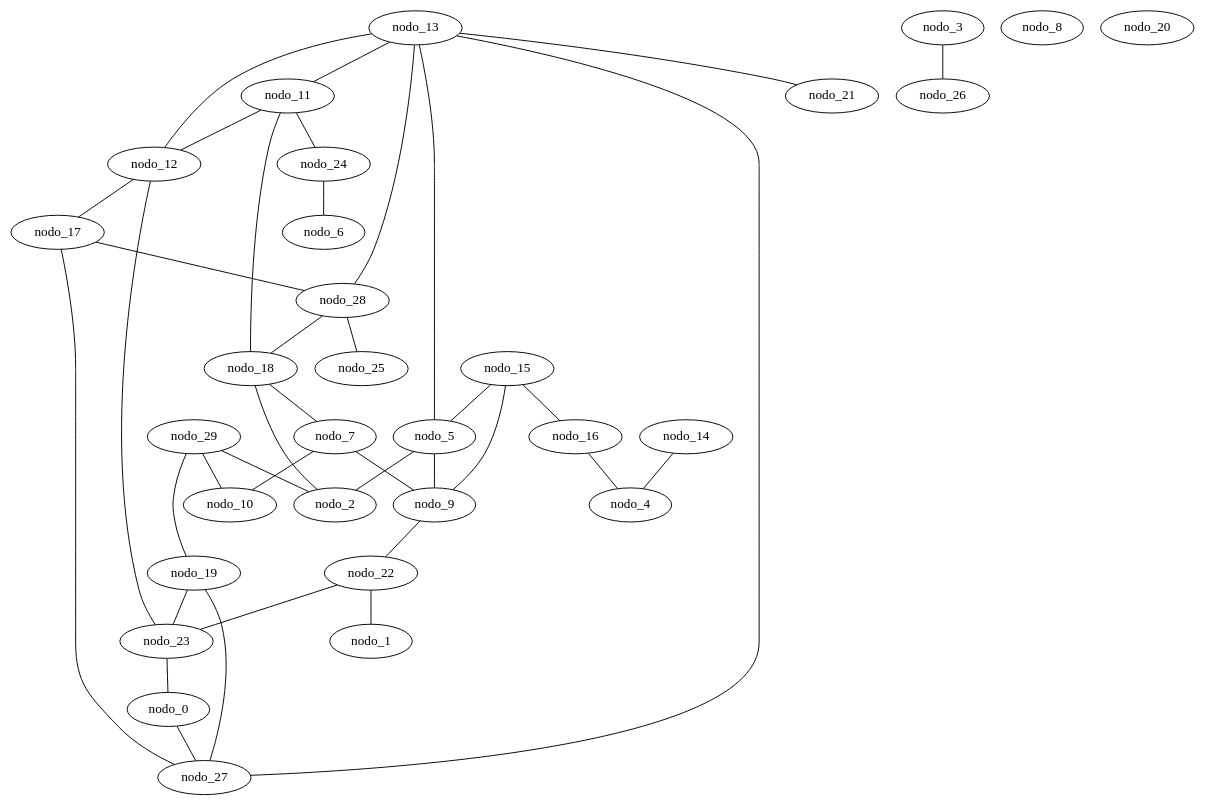
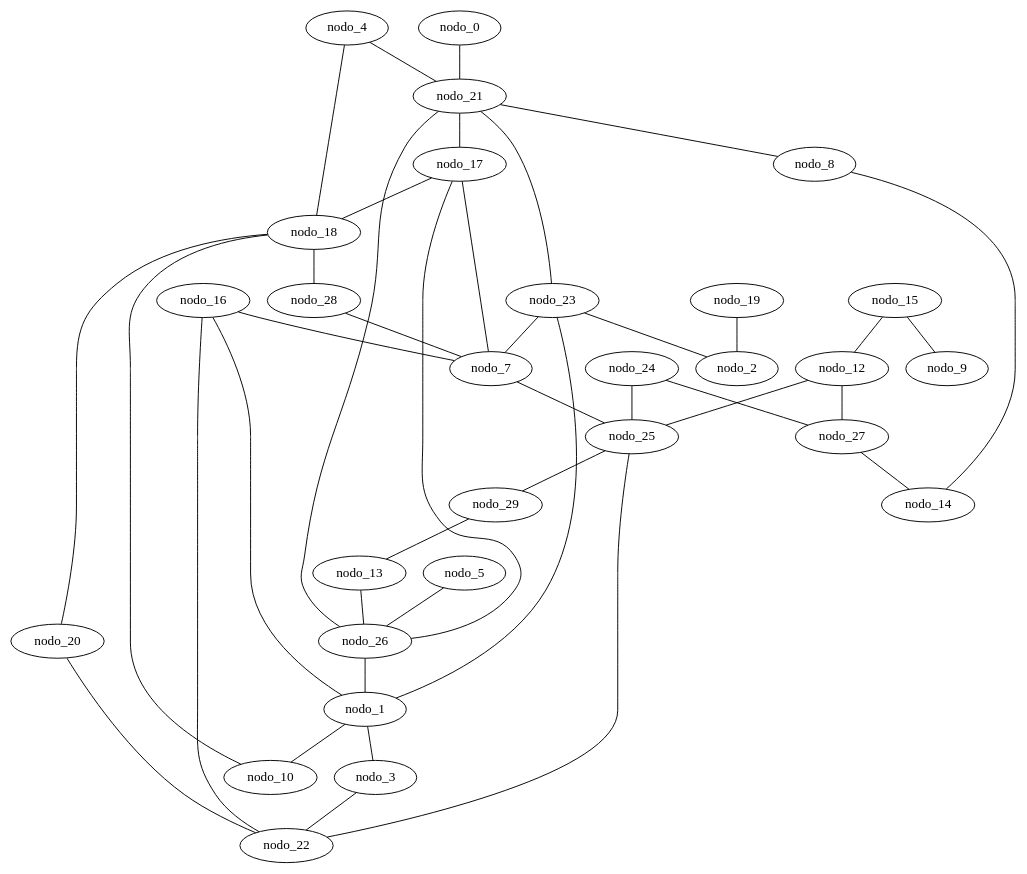
One commit to sinisterra/cic-algoritmos changed the diagram in proyecto01/proyecto01/gen_gilbert_30.gv. Above: the diagram before and after it, drawn with Graphviz. The commit also changed 15 other files, not shown here.

```diff
--- a/proyecto01/proyecto01/gen_gilbert_30.gv
+++ b/proyecto01/proyecto01/gen_gilbert_30.gv
@@ -1,70 +1,42 @@
 graph gen_gilbert_30 {
-  nodo_0;
-  nodo_1;
-  nodo_2;
-  nodo_3;
-  nodo_4;
-  nodo_5;
-  nodo_6;
-  nodo_7;
-  nodo_8;
-  nodo_9;
-  nodo_10;
-  nodo_11;
-  nodo_12;
-  nodo_13;
-  nodo_14;
-  nodo_15;
-  nodo_16;
-  nodo_17;
-  nodo_18;
-  nodo_19;
-  nodo_20;
-  nodo_21;
-  nodo_22;
-  nodo_23;
-  nodo_24;
-  nodo_25;
-  nodo_26;
-  nodo_27;
-  nodo_28;
-  nodo_29;
-  nodo_28 -- nodo_25;
-  nodo_3 -- nodo_26;
-  nodo_13 -- nodo_28;
-  nodo_18 -- nodo_7;
-  nodo_13 -- nodo_27;
+  nodo_16 -- nodo_1;
+  nodo_29 -- nodo_13;
+  nodo_27 -- nodo_14;
   nodo_15 -- nodo_9;
-  nodo_12 -- nodo_13;
-  nodo_11 -- nodo_24;
-  nodo_29 -- nodo_10;
-  nodo_15 -- nodo_5;
-  nodo_16 -- nodo_4;
-  nodo_18 -- nodo_2;
-  nodo_12 -- nodo_17;
-  nodo_13 -- nodo_5;
-  nodo_14 -- nodo_4;
-  nodo_12 -- nodo_23;
-  nodo_13 -- nodo_11;
-  nodo_28 -- nodo_18;
-  nodo_9 -- nodo_22;
-  nodo_0 -- nodo_27;
-  nodo_22 -- nodo_1;
-  nodo_23 -- nodo_0;
-  nodo_5 -- nodo_2;
-  nodo_11 -- nodo_12;
-  nodo_15 -- nodo_16;
-  nodo_29 -- nodo_2;
-  nodo_24 -- nodo_6;
-  nodo_5 -- nodo_9;
-  nodo_7 -- nodo_9;
-  nodo_19 -- nodo_27;
-  nodo_17 -- nodo_27;
-  nodo_17 -- nodo_28;
-  nodo_18 -- nodo_11;
-  nodo_19 -- nodo_23;
-  nodo_13 -- nodo_21;
-  nodo_22 -- nodo_23;
-  nodo_29 -- nodo_19;
-  nodo_7 -- nodo_10;
+  nodo_17 -- nodo_7;
+  nodo_13 -- nodo_26;
+  nodo_16 -- nodo_7;
+  nodo_4 -- nodo_18;
+  nodo_19 -- nodo_2;
+  nodo_8 -- nodo_14;
+  nodo_15 -- nodo_12;
+  nodo_7 -- nodo_25;
+  nodo_18 -- nodo_28;
+  nodo_3 -- nodo_22;
+  nodo_16 -- nodo_22;
+  nodo_5 -- nodo_26;
+  nodo_21 -- nodo_23;
+  nodo_25 -- nodo_29;
+  nodo_18 -- nodo_20;
+  nodo_21 -- nodo_26;
+  nodo_26 -- nodo_1;
+  nodo_23 -- nodo_2;
+  nodo_23 -- nodo_1;
+  nodo_1 -- nodo_3;
+  nodo_25 -- nodo_22;
+  nodo_12 -- nodo_27;
+  nodo_28 -- nodo_7;
+  nodo_12 -- nodo_25;
+  nodo_17 -- nodo_18;
+  nodo_23 -- nodo_7;
+  nodo_21 -- nodo_8;
+  nodo_17 -- nodo_26;
+  nodo_4 -- nodo_21;
+  nodo_20 -- nodo_22;
+  nodo_0 -- nodo_21;
+  nodo_24 -- nodo_25;
+  nodo_1 -- nodo_10;
+  nodo_18 -- nodo_10;
+  nodo_24 -- nodo_27;
+  nodo_21 -- nodo_17;
 }
```
